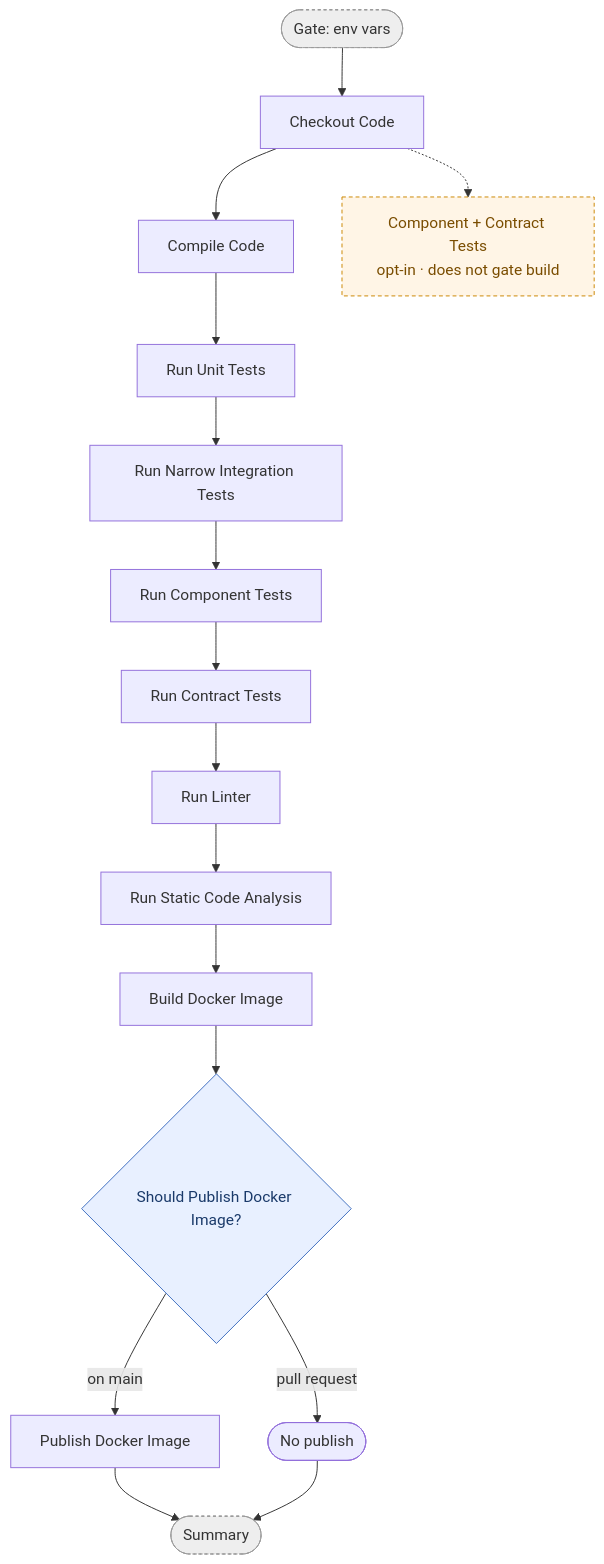
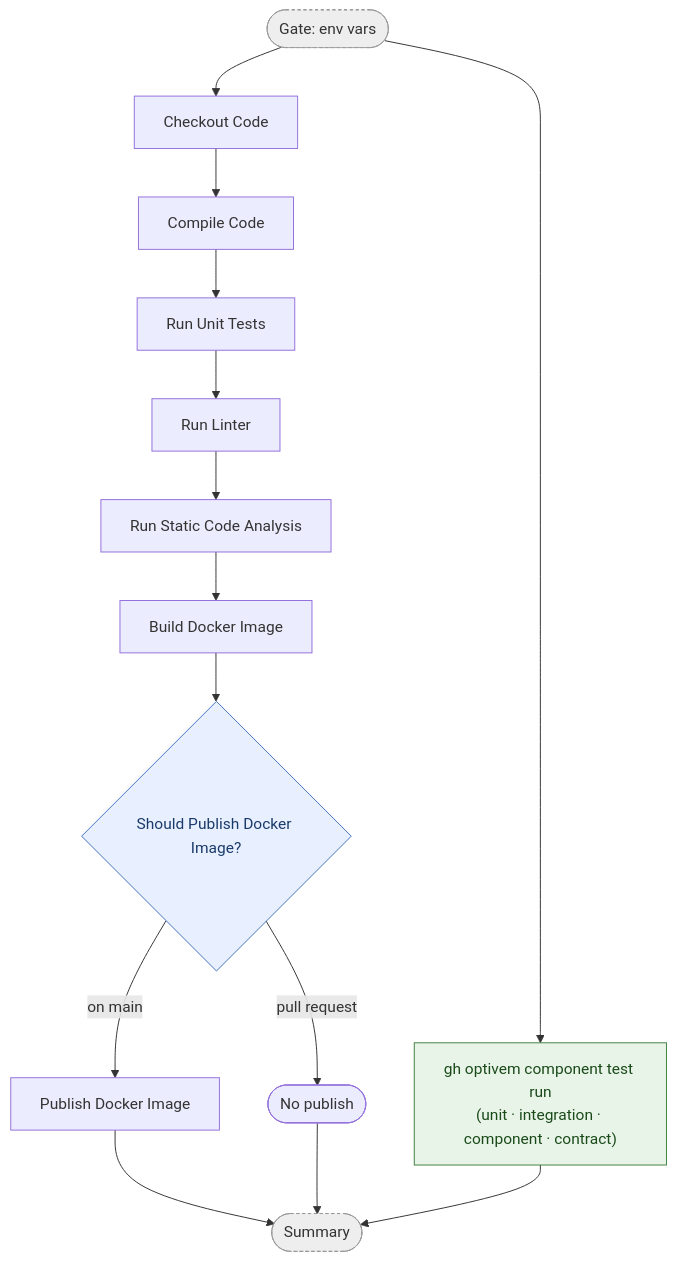
One commit to vivek729/shop-atdd changed the diagram in docs/pipeline/commit-stage.md. Above: the diagram before and after it, drawn with Mermaid. The commit also changed other lines of this file and 14 other files, not shown here.

Commit message:
Steps 4-6: roll out component-tests.yaml configs, migrate CI to gh optivem component test, update docs

````diff
--- a/docs/pipeline/commit-stage.md
+++ b/docs/pipeline/commit-stage.md
@@ -13,26 +13,24 @@
 ```mermaid
 flowchart TD
     gate([Gate: env vars]):::gate
 
     gate --> checkout[Checkout Code]
     checkout --> compile[Compile Code]
     compile --> unit[Run Unit Tests]
-    unit --> narrow[Run Narrow Integration Tests]
-    narrow --> component[Run Component Tests]
-    component --> contract[Run Contract Tests]
-    contract --> linter[Run Linter]
+    unit --> linter[Run Linter]
     linter --> analysis[Run Static Code Analysis]
     analysis --> build[Build Docker Image]
     build --> shouldpublish{Should Publish Docker Image?}:::conditional
     shouldpublish -->|on main| publish[Publish Docker Image]
     shouldpublish -->|pull request| done([No publish])
 
+    gate --> ct["gh optivem component test run<br/>(unit · integration · component · contract)"]:::component
+
     publish --> summary([Summary]):::gate
     done --> summary
-
-    checkout -.-> optin["Component + Contract Tests<br/>opt-in · does not gate build"]:::optional
+    ct --> summary
 
     classDef gate fill:#eee,stroke:#999,stroke-dasharray:3 3,color:#333;
     classDef conditional fill:#e8f0ff,stroke:#4070c0,color:#1a3a6a;
-    classDef optional fill:#fff5e6,stroke:#cc8800,stroke-dasharray:4 3,color:#7a4d00;
+    classDef component fill:#e8f4e8,stroke:#408040,color:#1a4a1a;
 ```
````
